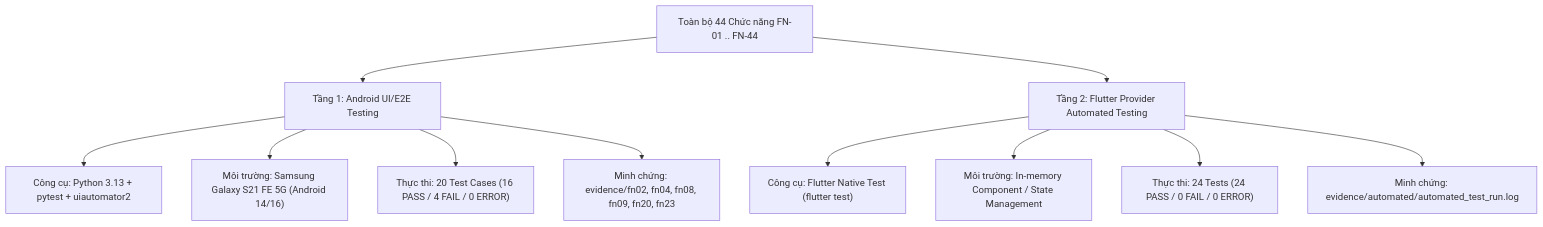
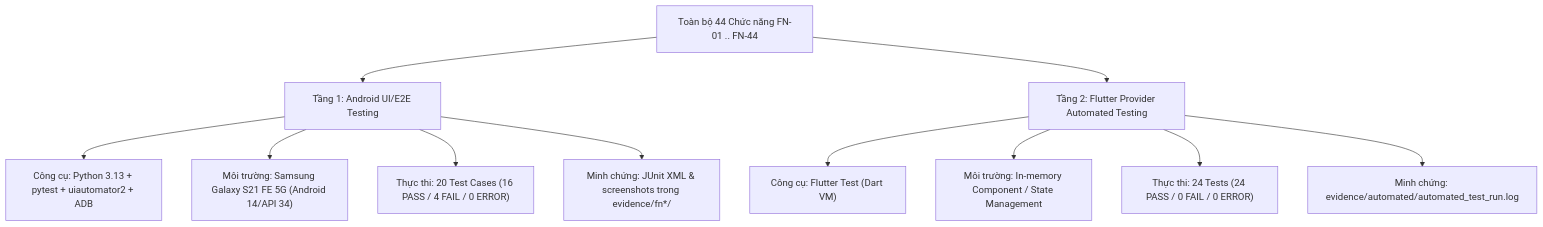
The diagram in docs/qa/automation_execution_summary.md (ttthu-huong/Smart-Note-App-QA), drawn with Mermaid before and after one commit. The commit also changed other lines of this file and 3 other files, not shown here.

````diff
--- a/docs/qa/automation_execution_summary.md
+++ b/docs/qa/automation_execution_summary.md
@@ -14,15 +15,15 @@
 ```mermaid
 graph TD
     A[Toàn bộ 44 Chức năng FN-01 .. FN-44] --> B[Tầng 1: Android UI/E2E Testing]
     A --> C[Tầng 2: Flutter Provider Automated Testing]
-    
-    B --> B1["Công cụ: Python 3.13 + pytest + uiautomator2"]
-    B --> B2["Môi trường: Samsung Galaxy S21 FE 5G (Android 14/16)"]
+
+    B --> B1["Công cụ: Python 3.13 + pytest + uiautomator2 + ADB"]
+    B --> B2["Môi trường: Samsung Galaxy S21 FE 5G (Android 14/API 34)"]
     B --> B3["Thực thi: 20 Test Cases (16 PASS / 4 FAIL / 0 ERROR)"]
-    B --> B4["Minh chứng: evidence/fn02, fn04, fn08, fn09, fn20, fn23"]
-    
-    C --> C1["Công cụ: Flutter Native Test (flutter test)"]
+    B --> B4["Minh chứng: JUnit XML & screenshots trong evidence/fn*/"]
+
+    C --> C1["Công cụ: Flutter Test (Dart VM)"]
     C --> C2["Môi trường: In-memory Component / State Management"]
     C --> C3["Thực thi: 24 Tests (24 PASS / 0 FAIL / 0 ERROR)"]
     C --> C4["Minh chứng: evidence/automated/automated_test_run.log"]
 ```
````
